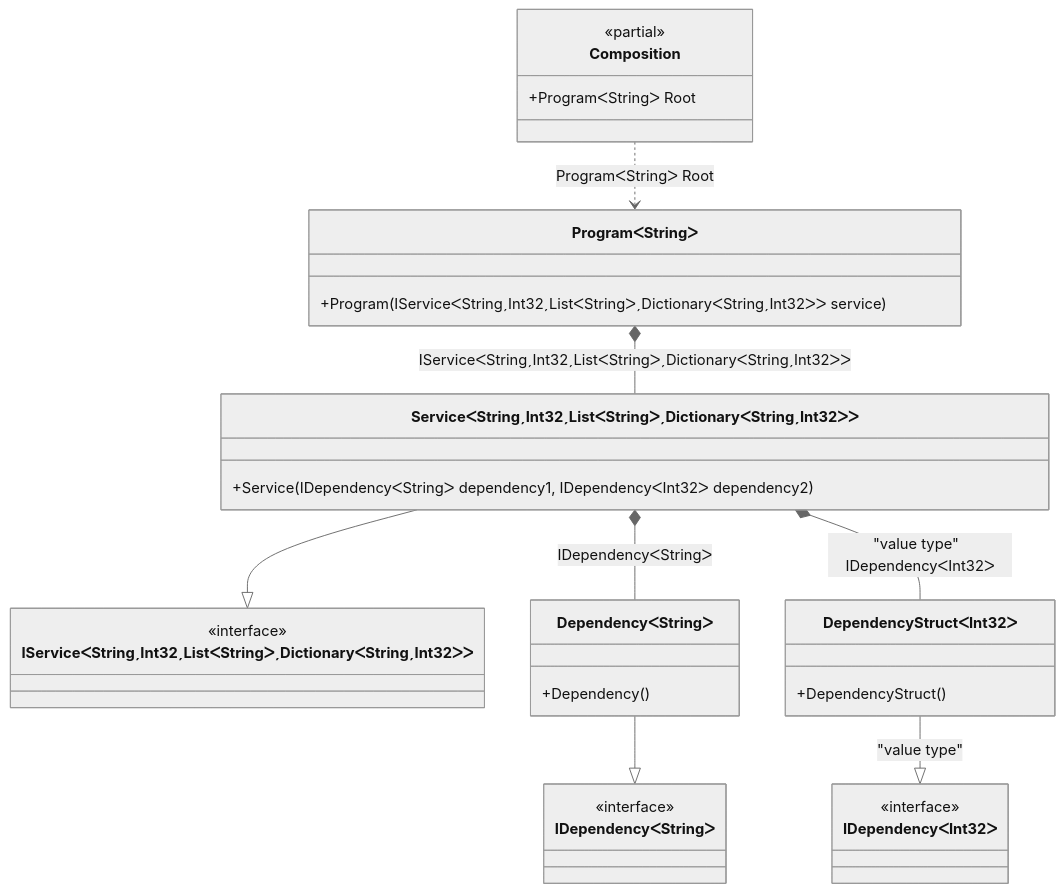
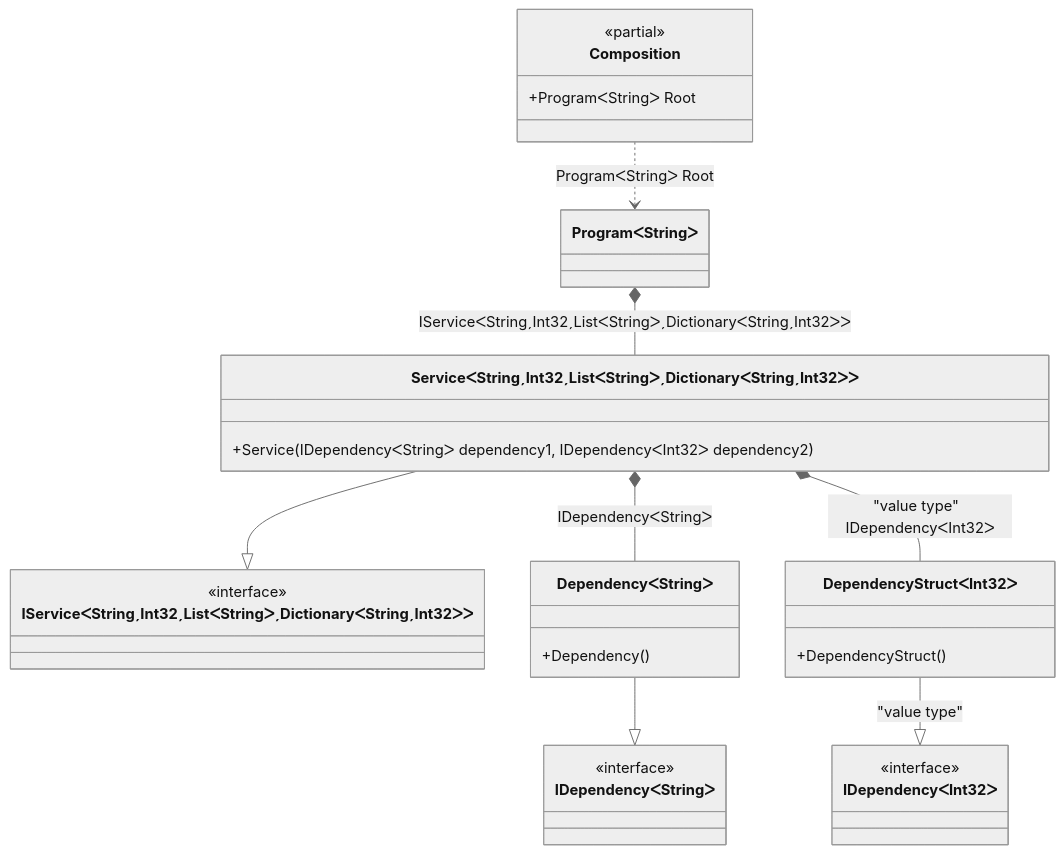
Before and after one commit to DevTeam/Pure.DI: the diagram in readme/complex-generics.md, drawn with Mermaid (neutral theme). The commit also changed 92 other files, not shown here.

````diff
--- a/readme/complex-generics.md
+++ b/readme/complex-generics.md
@@ -97,35 +97,32 @@
 ```mermaid
 classDiagram
 	class Composition {
 		<<partial>>
 		+ProgramᐸStringᐳ Root
-	}
-	class ProgramᐸStringᐳ {
-		+Program(IServiceᐸStringˏInt32ˏListᐸStringᐳˏDictionaryᐸStringˏInt32ᐳᐳ service)
 	}
 	ServiceᐸStringˏInt32ˏListᐸStringᐳˏDictionaryᐸStringˏInt32ᐳᐳ --|> IServiceᐸStringˏInt32ˏListᐸStringᐳˏDictionaryᐸStringˏInt32ᐳᐳ
 	class ServiceᐸStringˏInt32ˏListᐸStringᐳˏDictionaryᐸStringˏInt32ᐳᐳ {
 		+Service(IDependencyᐸStringᐳ dependency1, IDependencyᐸInt32ᐳ dependency2)
 	}
 	DependencyᐸStringᐳ --|> IDependencyᐸStringᐳ
 	class DependencyᐸStringᐳ {
 		+Dependency()
 	}
 	DependencyStructᐸInt32ᐳ --|> IDependencyᐸInt32ᐳ : "value type" 
 	class DependencyStructᐸInt32ᐳ {
 		+DependencyStruct()
 	}
 	class IServiceᐸStringˏInt32ˏListᐸStringᐳˏDictionaryᐸStringˏInt32ᐳᐳ {
 		<<interface>>
 	}
 	class IDependencyᐸStringᐳ {
 		<<interface>>
 	}
 	class IDependencyᐸInt32ᐳ {
 		<<interface>>
 	}
+	Composition ..> ProgramᐸStringᐳ : ProgramᐸStringᐳ Root
 	ProgramᐸStringᐳ *--  ServiceᐸStringˏInt32ˏListᐸStringᐳˏDictionaryᐸStringˏInt32ᐳᐳ : IServiceᐸStringˏInt32ˏListᐸStringᐳˏDictionaryᐸStringˏInt32ᐳᐳ
-	Composition ..> ProgramᐸStringᐳ : ProgramᐸStringᐳ Root
 	ServiceᐸStringˏInt32ˏListᐸStringᐳˏDictionaryᐸStringˏInt32ᐳᐳ *--  DependencyᐸStringᐳ : IDependencyᐸStringᐳ
 	ServiceᐸStringˏInt32ˏListᐸStringᐳˏDictionaryᐸStringˏInt32ᐳᐳ *--  DependencyStructᐸInt32ᐳ : "value type"  IDependencyᐸInt32ᐳ
 ```
````
